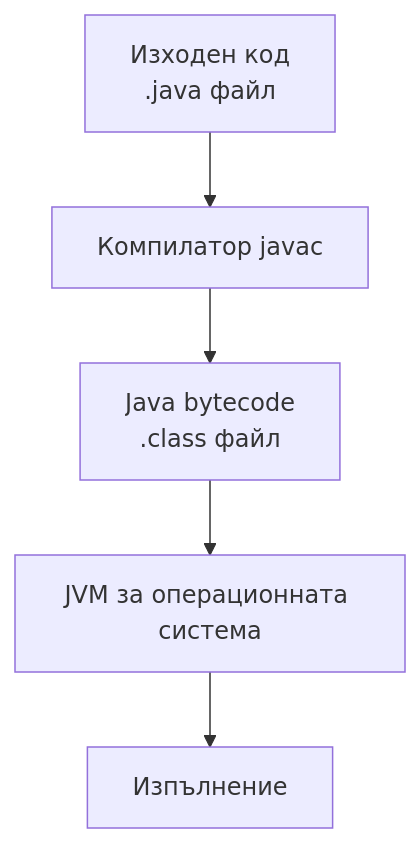
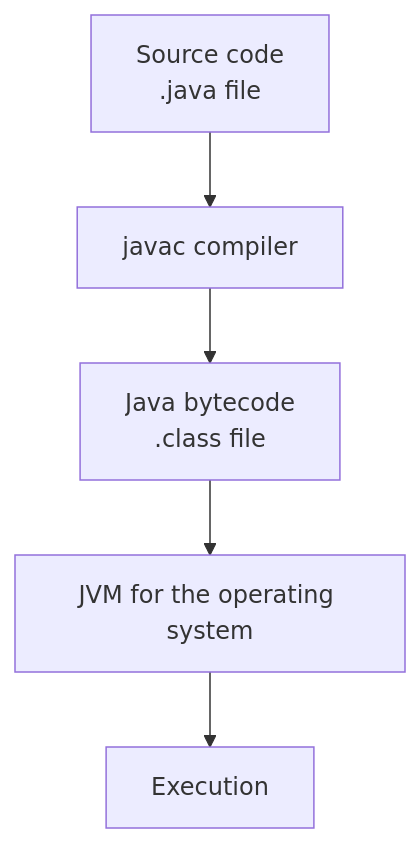
Before and after one commit to programmingfundamental/courses: the first of 3 diagrams in src/content/docs/en/obektno-orientirano-programirane-1-chast/laboratorno-uprazhnenie-01/osnovi-na-programiraneto-s-java-za-nachinaeshi/01-osnovi-java.md, drawn with Mermaid. The commit also changed other lines of this file and 14 other files, not shown here.

````diff
--- a/src/content/docs/en/obektno-orientirano-programirane-1-chast/laboratorno-uprazhnenie-01/osnovi-na-programiraneto-s-java-za-nachinaeshi/01-osnovi-java.md
+++ b/src/content/docs/en/obektno-orientirano-programirane-1-chast/laboratorno-uprazhnenie-01/osnovi-na-programiraneto-s-java-za-nachinaeshi/01-osnovi-java.md
@@ -13,7 +13,7 @@
 ```mermaid
 flowchart TD
-    A["Изходен код<br/>.java файл"] --> B["Компилатор javac"]
-    B --> C["Java bytecode<br/>.class файл"]
-    C --> D["JVM за операционната система"]
-    D --> E["Изпълнение"]
+    A["Source code<br/>.java file"] --> B["javac compiler"]
+    B --> C["Java bytecode<br/>.class file"]
+    C --> D["JVM for the operating system"]
+    D --> E["Execution"]
 ```
````
